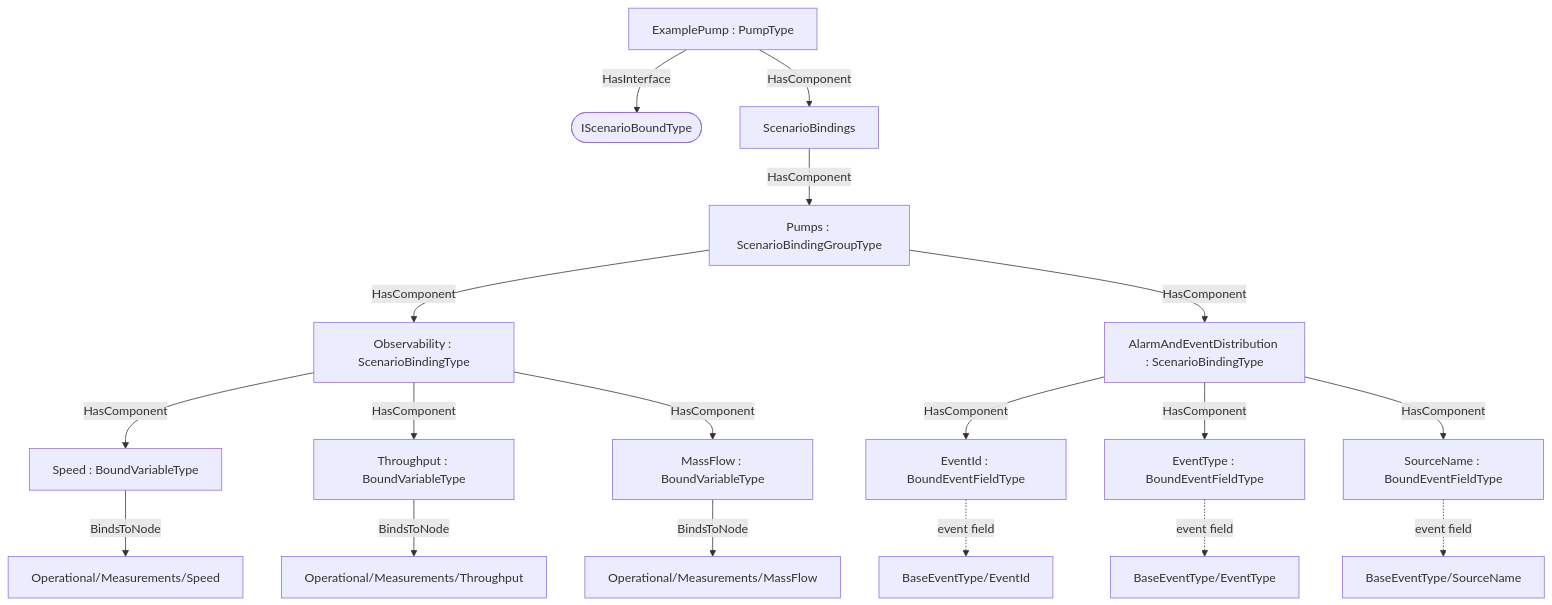
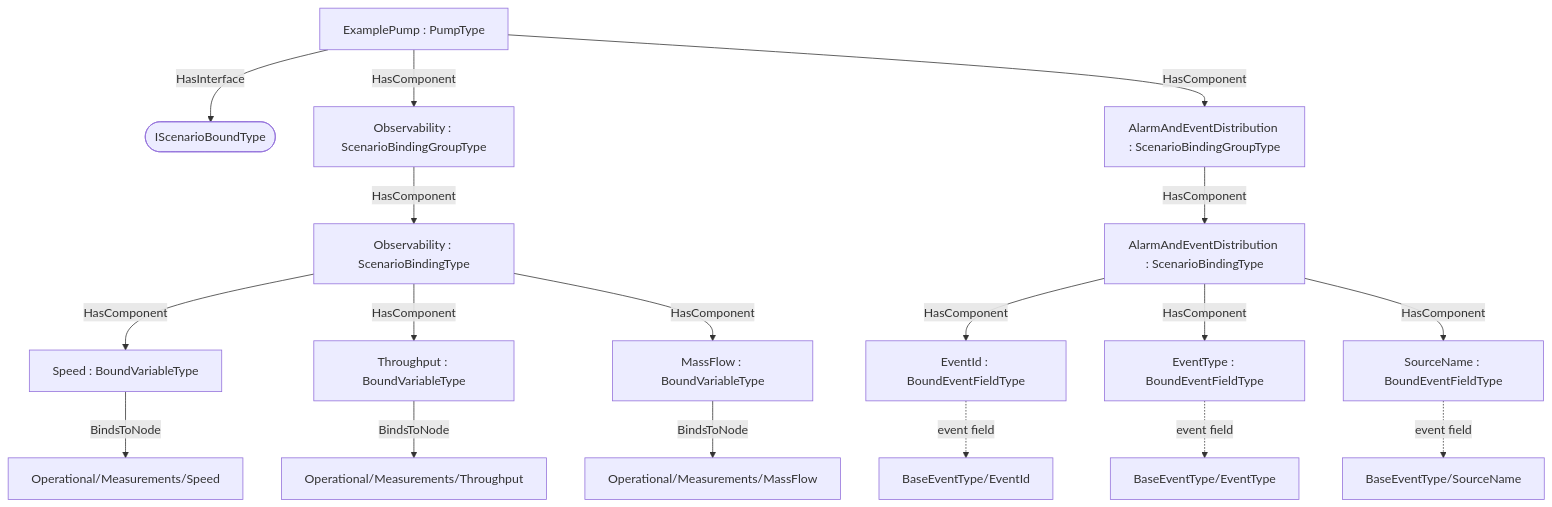
The second of 2 diagrams in core-specs/scenario-binding/examples/pumps/OPC-UA-Pumps-Scenario-Bindings-Addendum.md (marcschier/opcua-drafts), drawn with Mermaid before and after one commit. The commit also changed other lines of this file and 13 other files, not shown here.

````diff
--- a/core-specs/scenario-binding/examples/pumps/OPC-UA-Pumps-Scenario-Bindings-Addendum.md
+++ b/core-specs/scenario-binding/examples/pumps/OPC-UA-Pumps-Scenario-Bindings-Addendum.md
@@ -167,21 +173,21 @@
 ```mermaid
 graph TD
   R["ExamplePump : PumpType"]
   R -->|HasInterface| I([IScenarioBoundType])
-  R -->|HasComponent| SB["ScenarioBindings"]
-  SB -->|HasComponent| G["Pumps : ScenarioBindingGroupType"]
-  G -->|HasComponent| B0["Observability : ScenarioBindingType"]
+  R -->|HasComponent| G0["Observability : ScenarioBindingGroupType"]
+  G0 -->|HasComponent| B0["Observability : ScenarioBindingType"]
   B0 -->|HasComponent| IT00["Speed : BoundVariableType"]
   IT00 -->|BindsToNode| N00["Operational/Measurements/Speed"]
   B0 -->|HasComponent| IT01["Throughput : BoundVariableType"]
   IT01 -->|BindsToNode| N01["Operational/Measurements/Throughput"]
   B0 -->|HasComponent| IT02["MassFlow : BoundVariableType"]
   IT02 -->|BindsToNode| N02["Operational/Measurements/MassFlow"]
-  G -->|HasComponent| B1["AlarmAndEventDistribution : ScenarioBindingType"]
+  R -->|HasComponent| G1["AlarmAndEventDistribution : ScenarioBindingGroupType"]
+  G1 -->|HasComponent| B1["AlarmAndEventDistribution : ScenarioBindingType"]
   B1 -->|HasComponent| IT10["EventId : BoundEventFieldType"]
   IT10 -.event field.-> N10["BaseEventType/EventId"]
   B1 -->|HasComponent| IT11["EventType : BoundEventFieldType"]
   IT11 -.event field.-> N11["BaseEventType/EventType"]
   B1 -->|HasComponent| IT12["SourceName : BoundEventFieldType"]
   IT12 -.event field.-> N12["BaseEventType/SourceName"]
 ```
````
